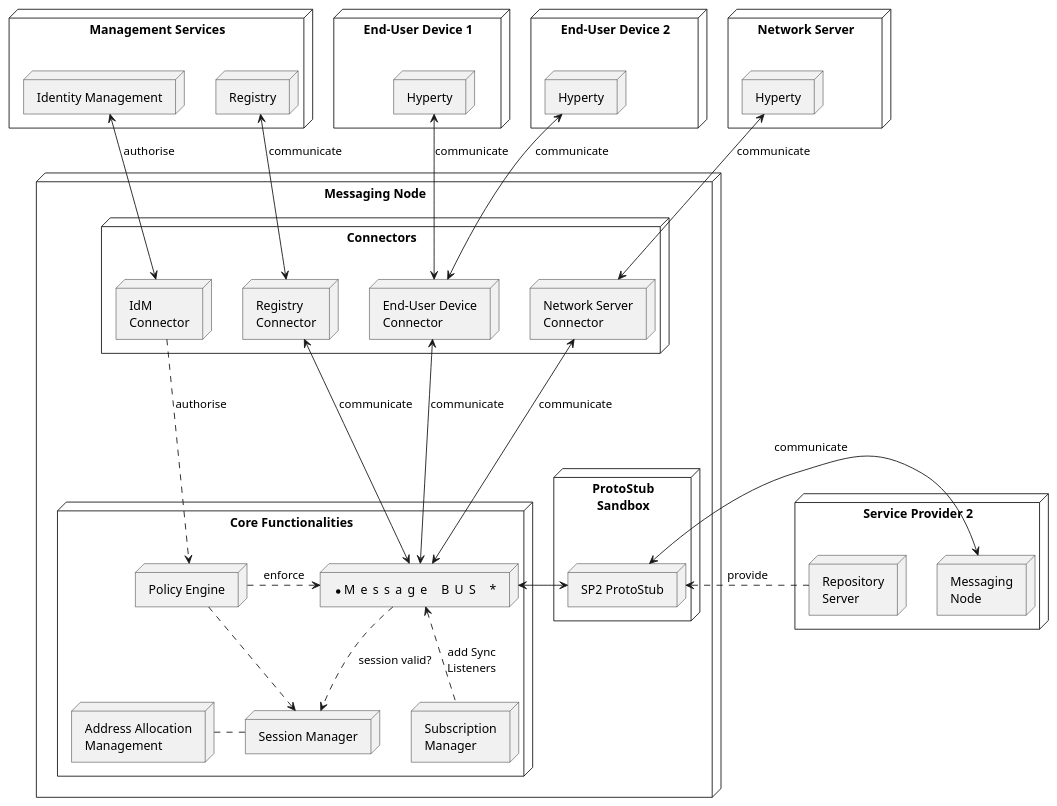
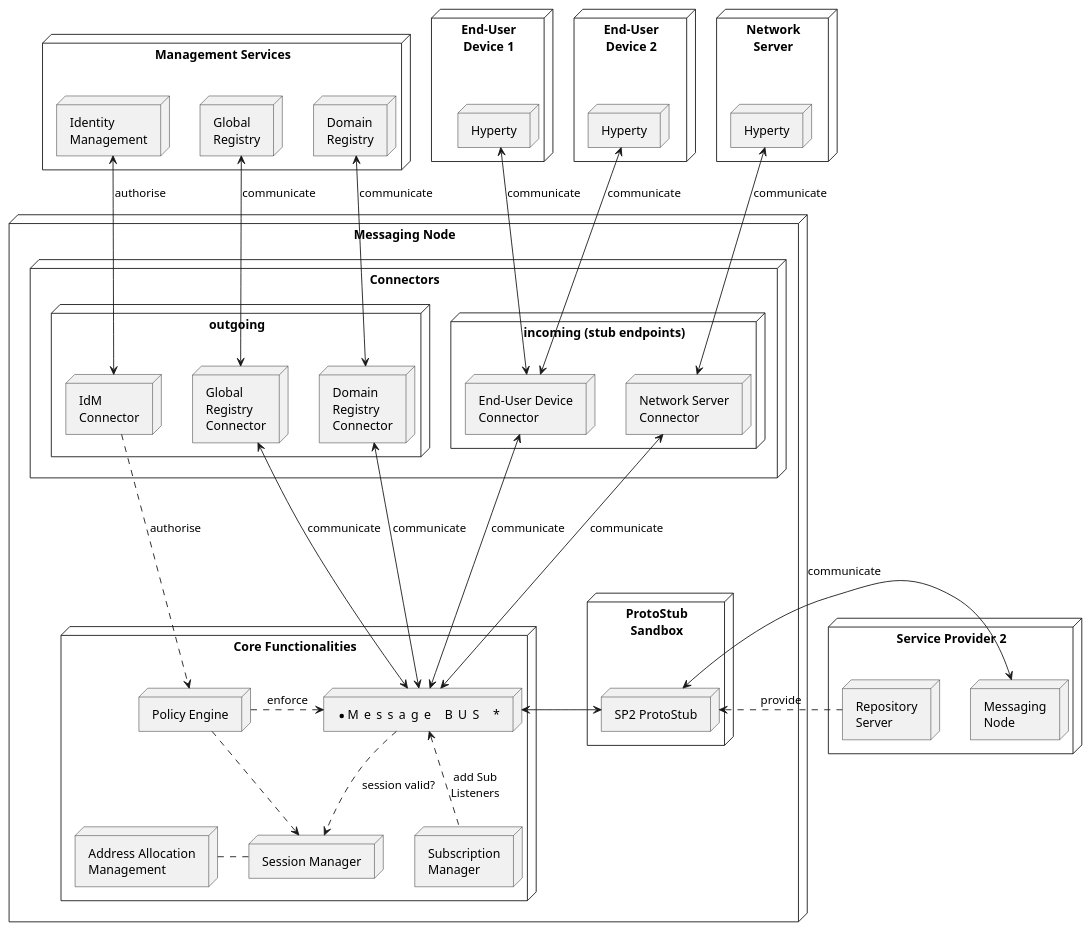
Before and after one commit to reTHINK-project/specs: the diagram in messaging-framework/msg-node-arch.puml, drawn with PlantUML. The commit also changed 2 other files, not shown here.

Commit message:
updated messaging node architecture diagram and description for D3.5

```diff
--- a/messaging-framework/msg-node-arch.puml
+++ b/messaging-framework/msg-node-arch.puml
@@ -3,89 +3,96 @@
 @startuml "msg-node-architecture.png"
 
 
 node "Management Services" as Man1 {
-	node "Registry" as Server1
-	node "Identity Management" as IdM1
-
+	node "Global\nRegistry" as GReg
+	node "Domain\nRegistry" as DomReg
+	node "Identity\nManagement" as IdM1
 }
 
 node "Service Provider 2" as SP2 {
 	node "Messaging\nNode" as Msg2
 	node "Repository\nServer" as Repo2
 }
 
-node "End-User Device 1" as User1 {
+node "End-User\nDevice 1" as User1 {
 	node "Hyperty" as H1
 }
 
-node "End-User Device 2" as User2 {
+node "End-User\nDevice 2" as User2 {
 	node "Hyperty" as H2
 }
 
-node "Network Server" as Net {
+node "Network\nServer" as Net {
 	node "Hyperty" as H3
 }
 
 node "Messaging Node" as msg {
 
 
  node "ProtoStub\nSandbox" as Proto1Sand {
 
 	 node "SP2 ProtoStub" as Proto1
  }
 
 node "Connectors" as Conn {
-	node "IdM\nConnector" as ConnIdM
-	node "Registry\nConnector" as ConnMan
-	node "End-User Device\nConnector" as ConnUser
-	node "Network Server\nConnector" as ConnNet
+	node "outgoing" as ConnOut {
+		node "IdM\nConnector" as ConnIdM
+		node "Global\nRegistry\nConnector" as ConnGReg
+		node "Domain\nRegistry\nConnector" as ConnDomReg
+	}
+	node "incoming (stub endpoints)" as ConnIn {
+		node "End-User Device\nConnector" as ConnUser
+		node "Network Server\nConnector" as ConnNet
+	}
 }
 
 
 node "Core Functionalities" as core {
 
  node "*            Message      BUS                *" as Bus
 
  node "Policy Engine" as BusPEP
 
  node "Session Manager" as Reg
 
  node "Address Allocation\nManagement" as ID
 
- node "Subscription\nManager" as Sync
+ node "Subscription\nManager" as Sub
 
  }
 
 Repo2 ..down-> Proto1: provide
 
 Msg2 <-left-> Proto1 : communicate
 
  Bus <-right-> Proto1
 
  BusPEP ..right-> Bus : enforce
 
  ConnIdM ..down-> BusPEP : authorise
 
  BusPEP .down-> Reg
 
  Reg .left. ID
 
  Reg <-up. Bus: session valid?
 
- Sync -up.> Bus: add Sync\nListeners
+ Sub -up.> Bus: add Sub\nListeners
 
  ConnIdM <-up-> IdM1 : authorise
 
  Bus <-up-> ConnUser : communicate
  ConnUser <-up-> H1 : communicate
 
  ConnUser <-up-> H2 : communicate
 
  Bus <-up-> ConnNet : communicate
  ConnNet <-up-> H3 : communicate
 
- Bus <-up-> ConnMan : communicate
- ConnMan <-up-> Server1 : communicate
- 	}
+ Bus <-up-> ConnGReg : communicate
+ Bus <-up-> ConnDomReg : communicate
+ ConnGReg <-up-> GReg : communicate
+ ConnDomReg <-up-> DomReg : communicate
+
 
 @enduml
```
